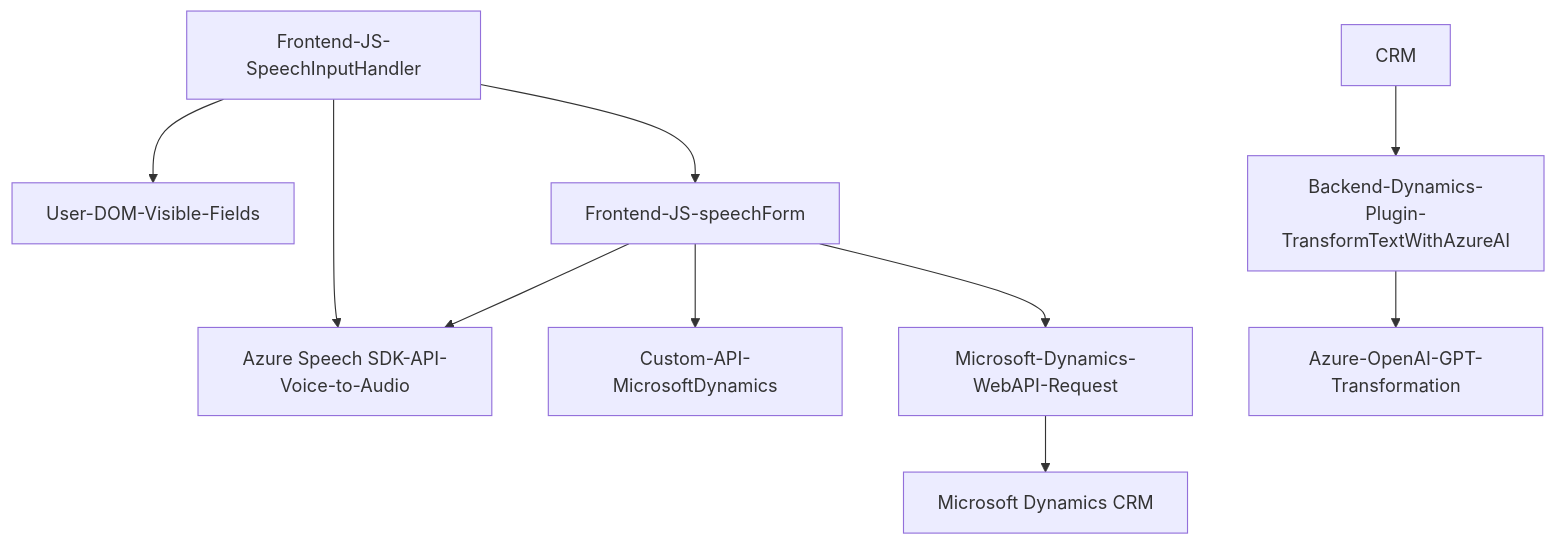
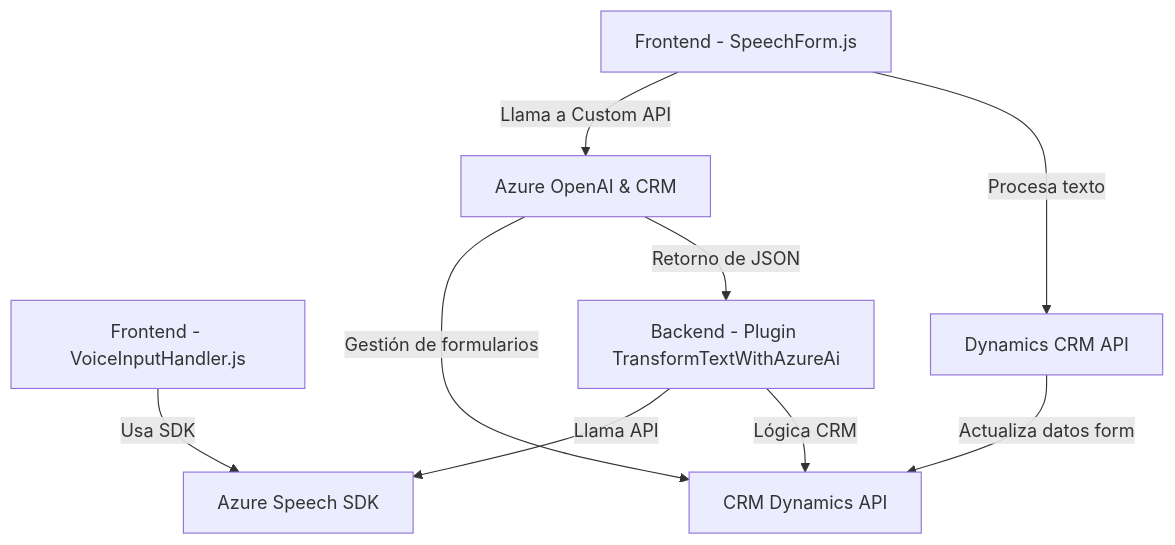
Before and after one commit to blopezdm/NETCORE_BILBAO2025: the diagram in README.md, drawn with Mermaid. The commit also changed other lines of this file, not shown here.

````diff
--- a/README.md
+++ b/README.md
@@ -50,12 +42,11 @@
 ```mermaid
 graph TD
-  A["Frontend-JS-SpeechInputHandler"] --> B["Azure Speech SDK-API-Voice-to-Audio"]
-  A["Frontend-JS-SpeechInputHandler"] --> C["User-DOM-Visible-Fields"]
-  A --> D["Frontend-JS-speechForm"]
-  D --> B
-  D --> E["Custom-API-MicrosoftDynamics"]
-  D --> F["Microsoft-Dynamics-WebAPI-Request"]
-  F --> ++CRM["Microsoft Dynamics CRM"]
-  CRM --> G["Backend-Dynamics-Plugin-TransformTextWithAzureAI"]
-  G --> H["Azure-OpenAI-GPT-Transformation"]
+    A["Frontend - VoiceInputHandler.js"] --> |Usa SDK| B["Azure Speech SDK"]
+    C["Frontend - SpeechForm.js"] --> |Llama a Custom API| D["Azure OpenAI & CRM"]
+    D --> |Gestión de formularios| E["CRM Dynamics API"]
+    C --> |Procesa texto| F["Dynamics CRM API"]
+    D --> |Retorno de JSON| G["Backend - Plugin TransformTextWithAzureAi"]
+    G --> |Llama API| B
+    G --> |Lógica CRM| E
+    F --> |Actualiza datos form| E
 ```
````
